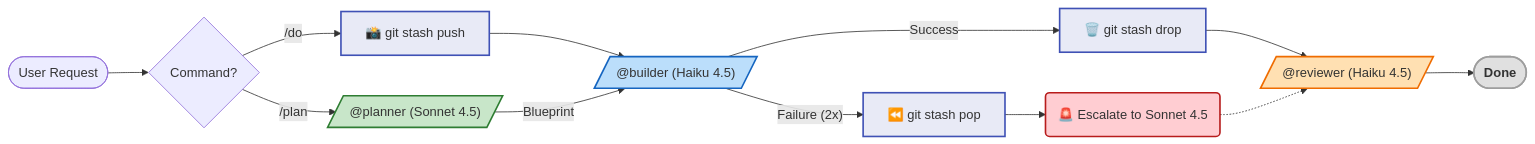
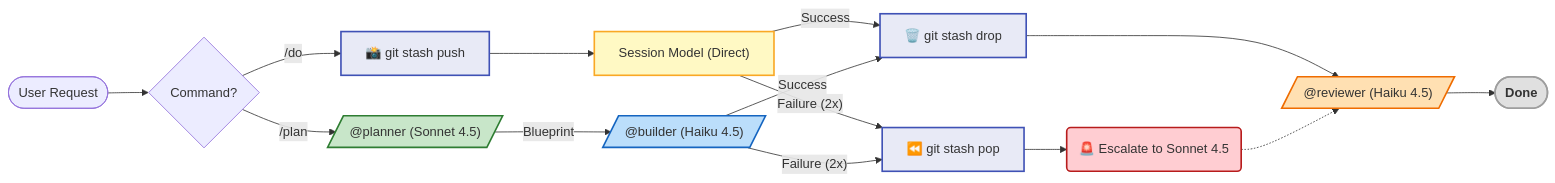
The diagram in README.ko.md (move-hoon/claude-pro-minmax), drawn with Mermaid before and after one commit. The commit also changed other lines of this file and 11 other files, not shown here.

````diff
--- a/README.ko.md
+++ b/README.ko.md
@@ -75,31 +84,35 @@
 ```mermaid
 flowchart LR
     Start([User Request]) --> Cmd{Command?}
 
     Cmd -->|/plan| Plan[/"@planner (Sonnet 4.5)"/]
     Cmd -->|/do| Snap["📸 git stash push"]
 
-    Snap --> Build[/"@builder (Haiku 4.5)"/]
-    Plan -->|Blueprint| Build
-    Build -- "Success" --> Drop["🗑️ git stash drop"]
+    Snap --> Exec["Session Model (Direct)"]
+    Plan -->|Blueprint| Build[/"@builder (Haiku 4.5)"/]
+    Exec -- "Success" --> Drop["🗑️ git stash drop"]
+    Build -- "Success" --> Drop
     Drop --> Review[/"@reviewer (Haiku 4.5)"/]
-    Build -- "Failure (2x)" --> Pop["⏪ git stash pop"]
+    Exec -- "Failure (2x)" --> Pop["⏪ git stash pop"]
+    Build -- "Failure (2x)" --> Pop
     Pop --> Escalate("🚨 Escalate to Sonnet 4.5")
 
     Review --> Done([Done])
     Escalate -.-> Review
 
     classDef planner fill:#c8e6c9,stroke:#2e7d32,stroke-width:2px;
     classDef builder fill:#bbdefb,stroke:#1565c0,stroke-width:2px;
     classDef reviewer fill:#ffe0b2,stroke:#ef6c00,stroke-width:2px;
     classDef escalate fill:#ffcdd2,stroke:#b71c1c,stroke-width:2px;
     classDef done fill:#e0e0e0,stroke:#9e9e9e,stroke-width:2px,font-weight:bold;
     classDef snapshot fill:#e8eaf6,stroke:#3f51b5,stroke-width:2px;
+    classDef direct fill:#fff9c4,stroke:#f9a825,stroke-width:2px;
 
     class Plan planner;
     class Build builder;
     class Review reviewer;
     class Escalate escalate;
     class Done done;
     class Snap,Drop,Pop snapshot;
+    class Exec direct;
 ```
````
